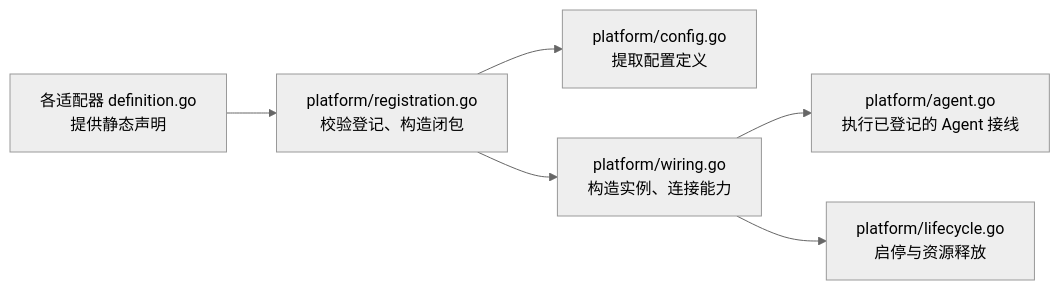
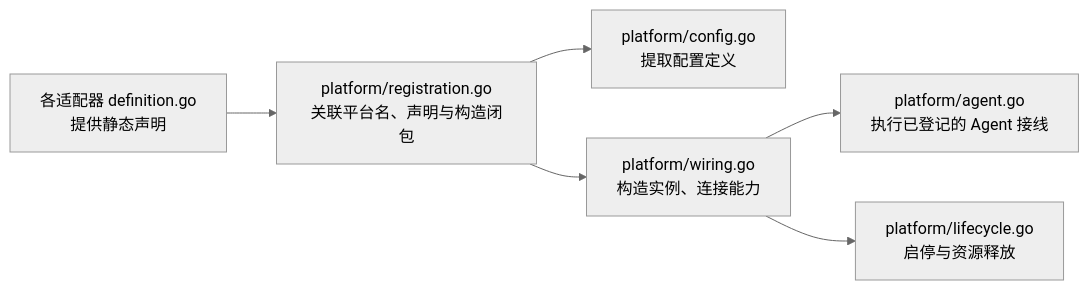
One commit to Elflare/elbot changed the second of 2 diagrams in devdocs/architecture.md. Above: the diagram before and after it, drawn with Mermaid (neutral theme). The commit also changed other lines of this file and 140 other files, not shown here.

````diff
--- a/devdocs/architecture.md
+++ b/devdocs/architecture.md
@@ -197,8 +197,8 @@
 ```mermaid
 flowchart LR
-    Definition["各适配器 definition.go<br/>提供静态声明"] --> Registration["platform/registration.go<br/>校验登记、构造闭包"]
+    Definition["各适配器 definition.go<br/>提供静态声明"] --> Registration["platform/registration.go<br/>关联平台名、声明与构造闭包"]
     Registration --> Config["platform/config.go<br/>提取配置定义"]
     Registration --> Wiring["platform/wiring.go<br/>构造实例、连接能力"]
     Wiring --> Agent["platform/agent.go<br/>执行已登记的 Agent 接线"]
     Wiring --> Lifecycle["platform/lifecycle.go<br/>启停与资源释放"]
 ```
````
